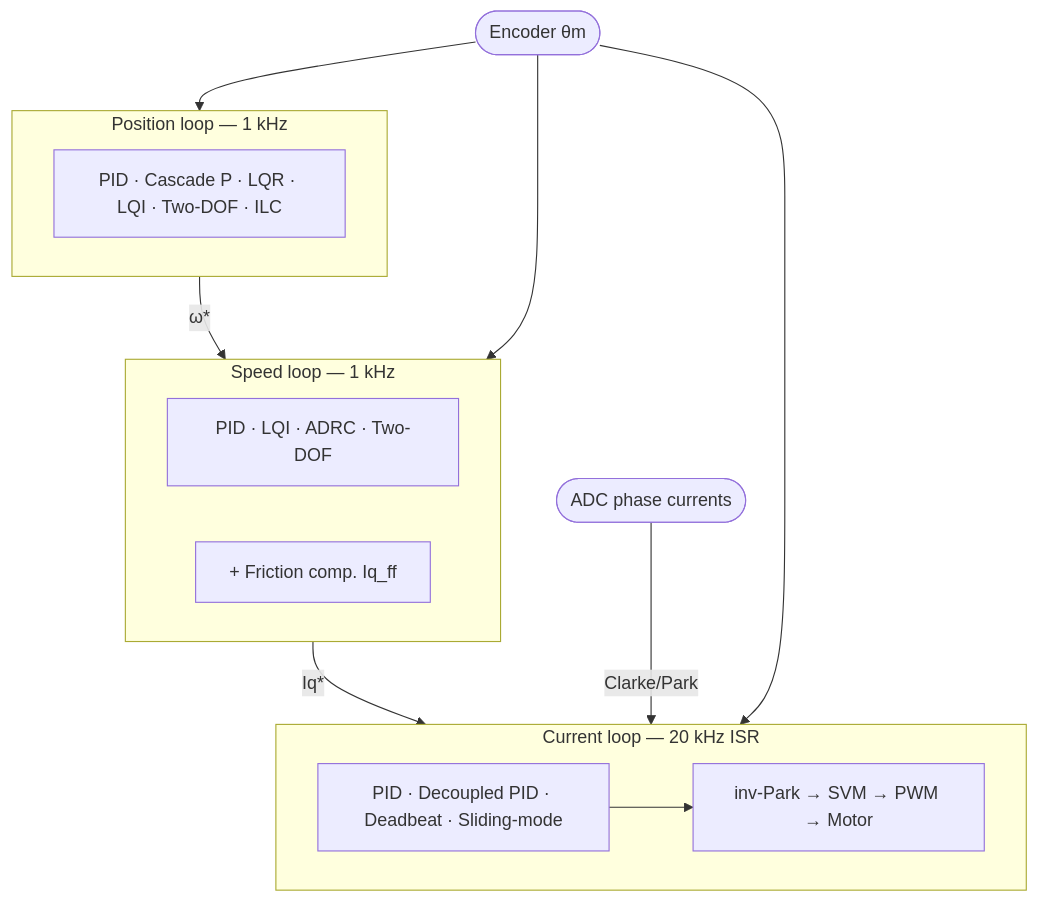
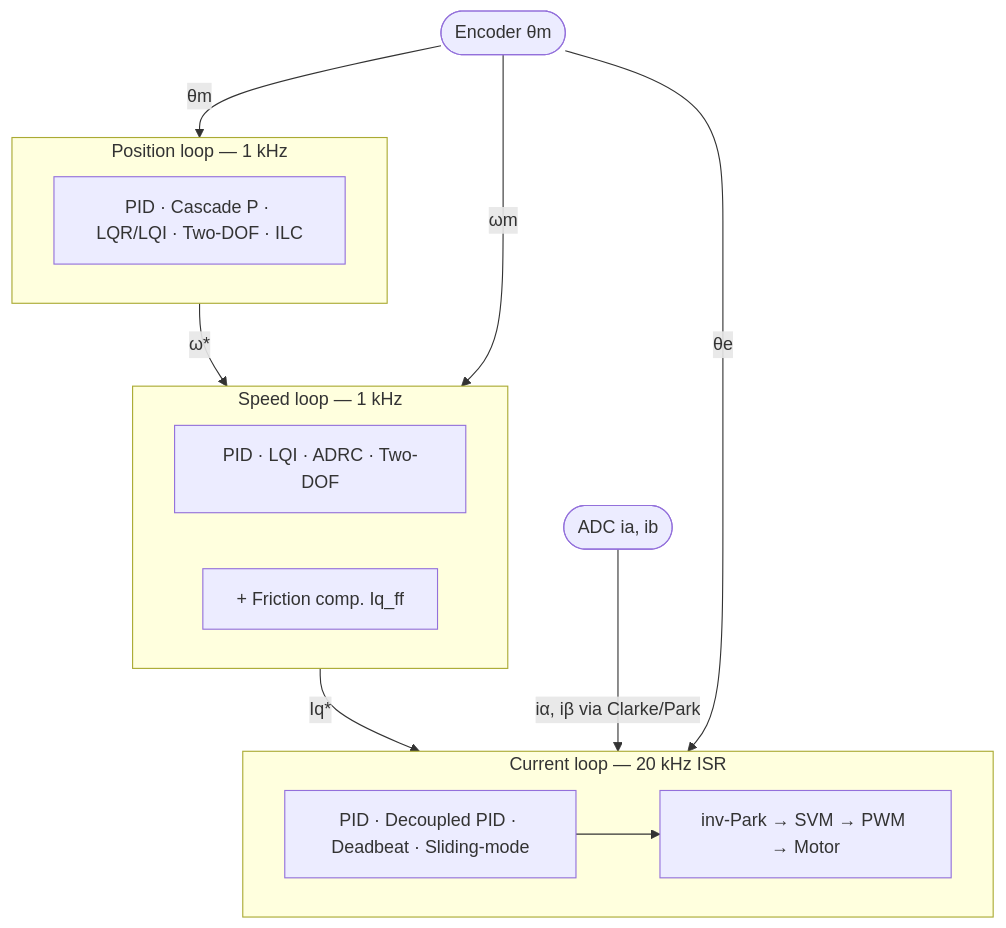
Before and after one commit to embedded-pro/e-foc: the diagram in documentation/theory/advanced-controllers.md, drawn with Mermaid. The commit also changed other lines of this file and 21 other files, not shown here.

````diff
--- a/documentation/theory/advanced-controllers.md
+++ b/documentation/theory/advanced-controllers.md
@@ -62,23 +61,23 @@
 ```mermaid
 graph TD
     ENC(["Encoder θm"])
-    ADC(["ADC phase currents"])
+    ADC(["ADC ia, ib"])
     subgraph POS["Position loop — 1 kHz"]
-        PC["PID · Cascade P · LQR · LQI · Two-DOF · ILC"]
+        PC["PID · Cascade P · LQR/LQI · Two-DOF · ILC"]
     end
     subgraph SPD["Speed loop — 1 kHz"]
         SC["PID · LQI · ADRC · Two-DOF"]
         FC["+ Friction comp. Iq_ff"]
     end
     subgraph CUR["Current loop — 20 kHz ISR"]
         CC["PID · Decoupled PID · Deadbeat · Sliding-mode"]
         SVM["inv-Park → SVM → PWM → Motor"]
     end
     POS -->|"ω*"| SPD
     SPD -->|"Iq*"| CUR
     CC --> SVM
-    ADC -->|"Clarke/Park"| CUR
-    ENC --> CUR
-    ENC --> SPD
-    ENC --> POS
+    ADC -->|"iα, iβ via Clarke/Park"| CUR
+    ENC -->|"θe"| CUR
+    ENC -->|"ωm"| SPD
+    ENC -->|"θm"| POS
 ```
````
